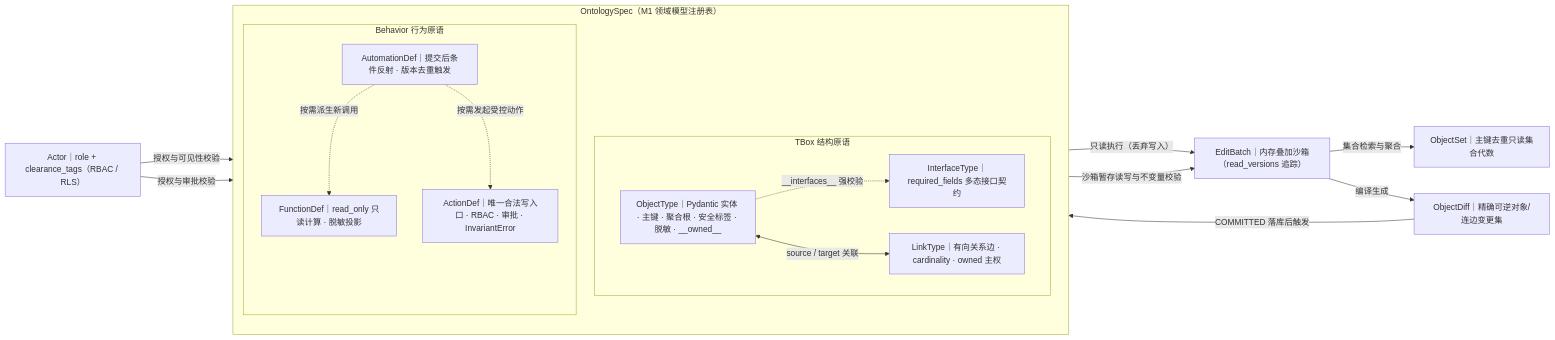
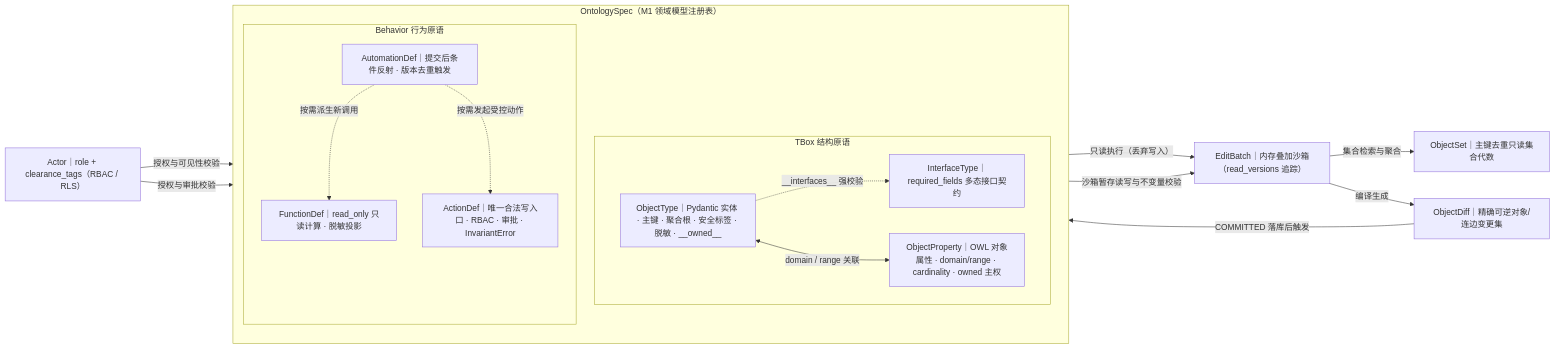
One commit to guci314/openontology changed the second of 3 diagrams in docs/ARCHITECTURE.md. Above: the diagram before and after it, drawn with Mermaid. The commit also changed other lines of this file and 86 other files, not shown here.

````diff
--- a/docs/ARCHITECTURE.md
+++ b/docs/ARCHITECTURE.md
@@ -105,33 +104,33 @@
 ```mermaid
 flowchart LR
     subgraph SPEC["OntologySpec（M1 领域模型注册表）"]
         direction TB
         subgraph TBOX_BOX["TBox 结构原语"]
             OT["ObjectType｜Pydantic 实体 · 主键 · 聚合根 · 安全标签 · 脱敏 · __owned__"]
             IT["InterfaceType｜required_fields 多态接口契约"]
-            LT["LinkType｜有向关系边 · cardinality · owned 主权"]
+            LT["ObjectProperty｜OWL 对象属性 · domain/range · cardinality · owned 主权"]
             OT -.->|"__interfaces__ 强校验"| IT
-            OT <-->|"source / target 关联"| LT
+            OT <-->|"domain / range 关联"| LT
         end
         subgraph BEHAV_BOX["Behavior 行为原语"]
             FN["FunctionDef｜read_only 只读计算 · 脱敏投影"]
             ACT["ActionDef｜唯一合法写入口 · RBAC · 审批 · InvariantError"]
             AUTO["AutomationDef｜提交后条件反射 · 版本去重触发"]
         end
     end
 
     ACTOR["Actor｜role + clearance_tags（RBAC / RLS）"]
     BATCH["EditBatch｜内存叠加沙箱（read_versions 追踪）"]
     OSET["ObjectSet｜主键去重只读集合代数"]
     DIFF["ObjectDiff｜精确可逆对象/连边变更集"]
 
     ACTOR -->|"授权与可见性校验"| FN
     ACTOR -->|"授权与审批校验"| ACT
     FN -->|"只读执行（丢弃写入）"| BATCH
     BATCH -->|"集合检索与聚合"| OSET
     ACT -->|"沙箱暂存读写与不变量校验"| BATCH
     BATCH -->|"编译生成"| DIFF
     DIFF -->|"COMMITTED 落库后触发"| AUTO
     AUTO -.->|"按需派生新调用"| FN
     AUTO -.->|"按需发起受控动作"| ACT
 ```
````
